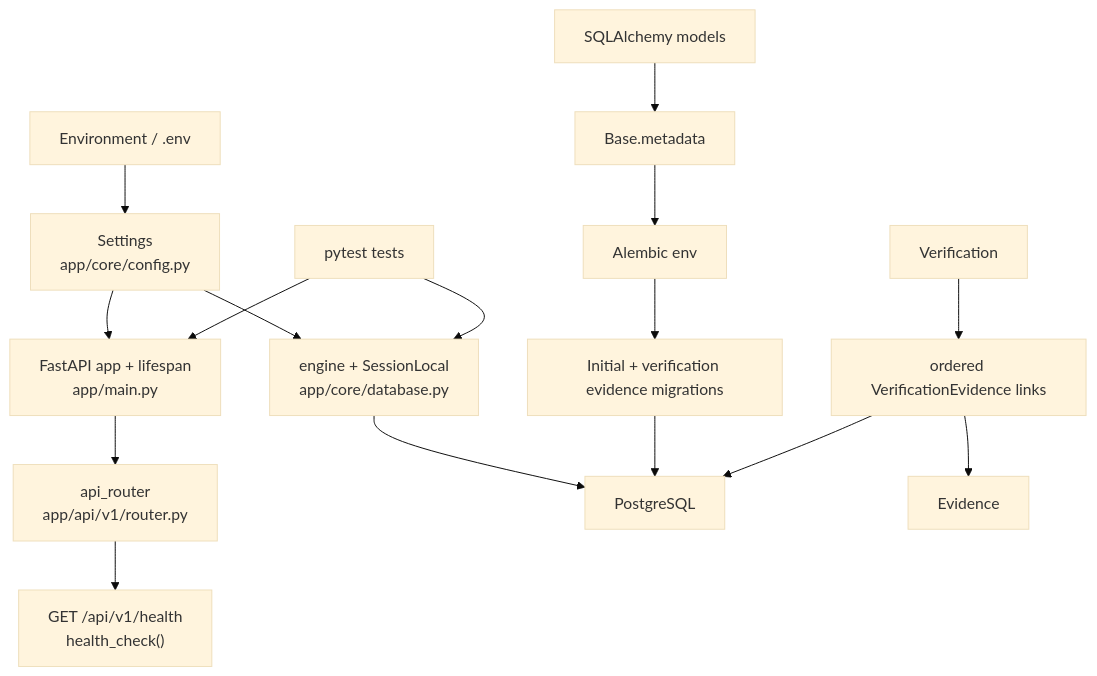
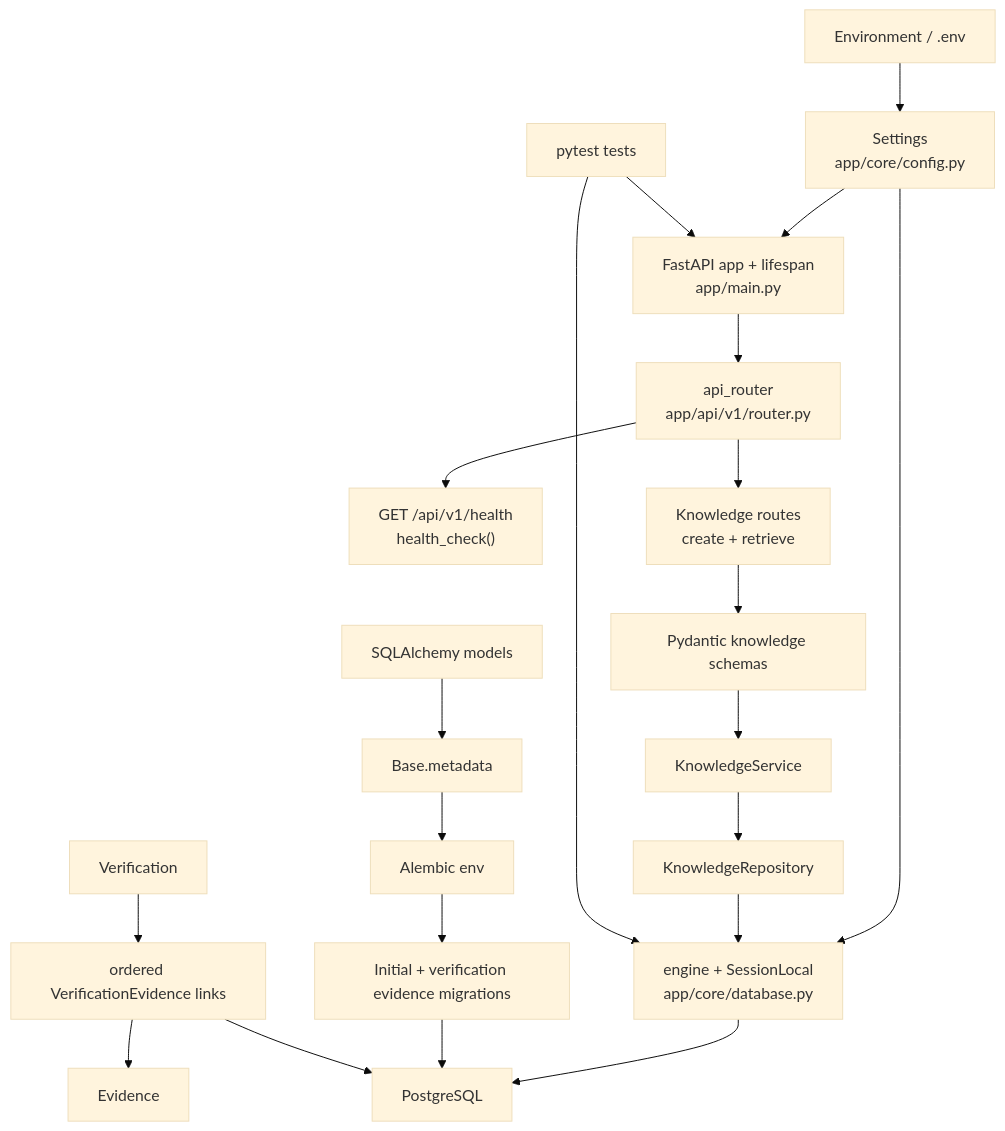
The first of 2 diagrams in docs/workflow.md (Dyuti60/assam-exam-ai), drawn with Mermaid (base theme) before and after one commit. The commit also changed other lines of this file and 13 other files, not shown here.

````diff
--- a/docs/workflow.md
+++ b/docs/workflow.md
@@ -9,18 +9,23 @@
 ```mermaid
 flowchart TD
     ENV["Environment / .env"] --> CFG["Settings\napp/core/config.py"]
     CFG --> APP["FastAPI app + lifespan\napp/main.py"]
     CFG --> DB["engine + SessionLocal\napp/core/database.py"]
     APP --> V1["api_router\napp/api/v1/router.py"]
     V1 --> HEALTH["GET /api/v1/health\nhealth_check()"]
+    V1 --> KNOWLEDGE["Knowledge routes\ncreate + retrieve"]
+    KNOWLEDGE --> CONTRACTS["Pydantic knowledge schemas"]
+    CONTRACTS --> SERVICE["KnowledgeService"]
+    SERVICE --> REPOSITORY["KnowledgeRepository"]
+    REPOSITORY --> DB
     DB --> POSTGRES["PostgreSQL"]
     MODELS["SQLAlchemy models"] --> META["Base.metadata"]
     META --> ALEMBIC["Alembic env"]
     ALEMBIC --> MIGRATION["Initial + verification evidence migrations"]
     MIGRATION --> POSTGRES
     VERIFICATION["Verification"] --> LINKS["ordered VerificationEvidence links"]
     LINKS --> EVIDENCE["Evidence"]
     LINKS --> POSTGRES
     TESTS["pytest tests"] --> APP
     TESTS --> DB
 ```
````
